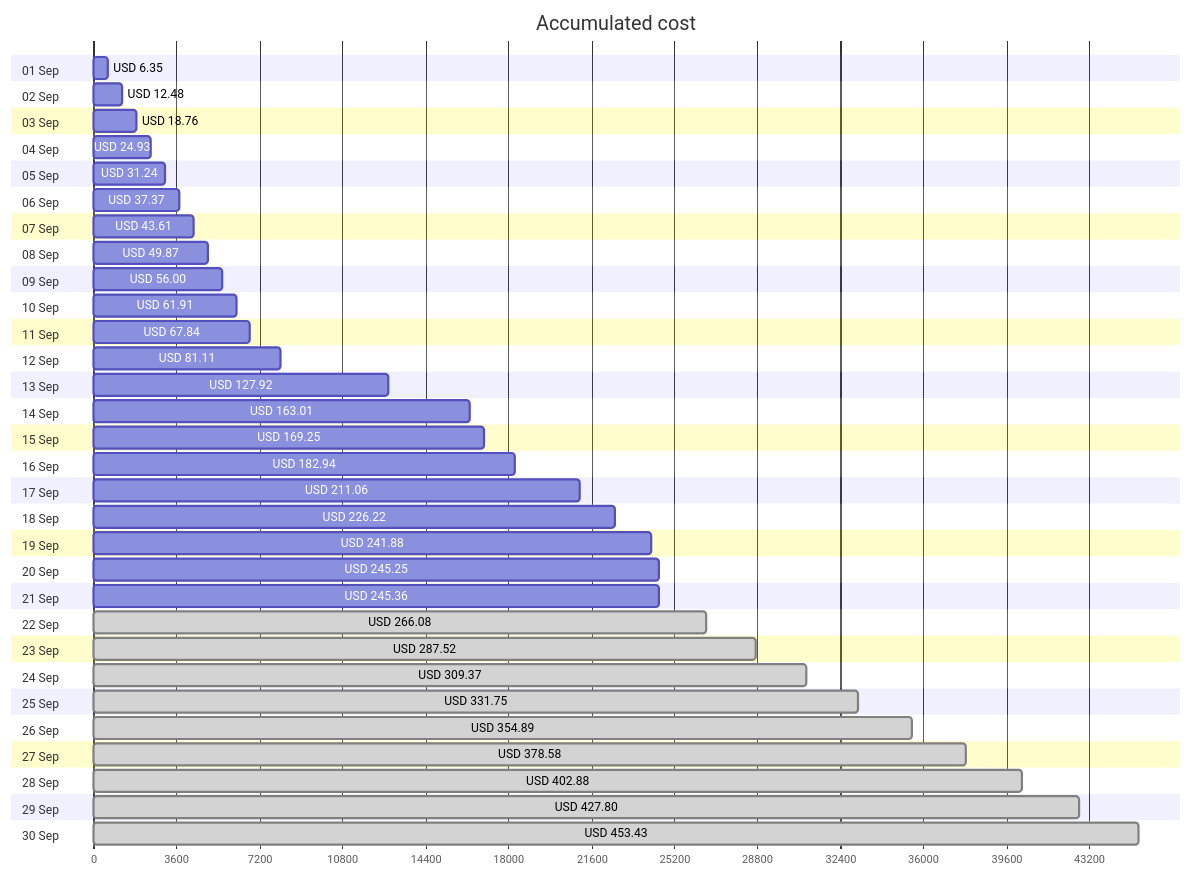
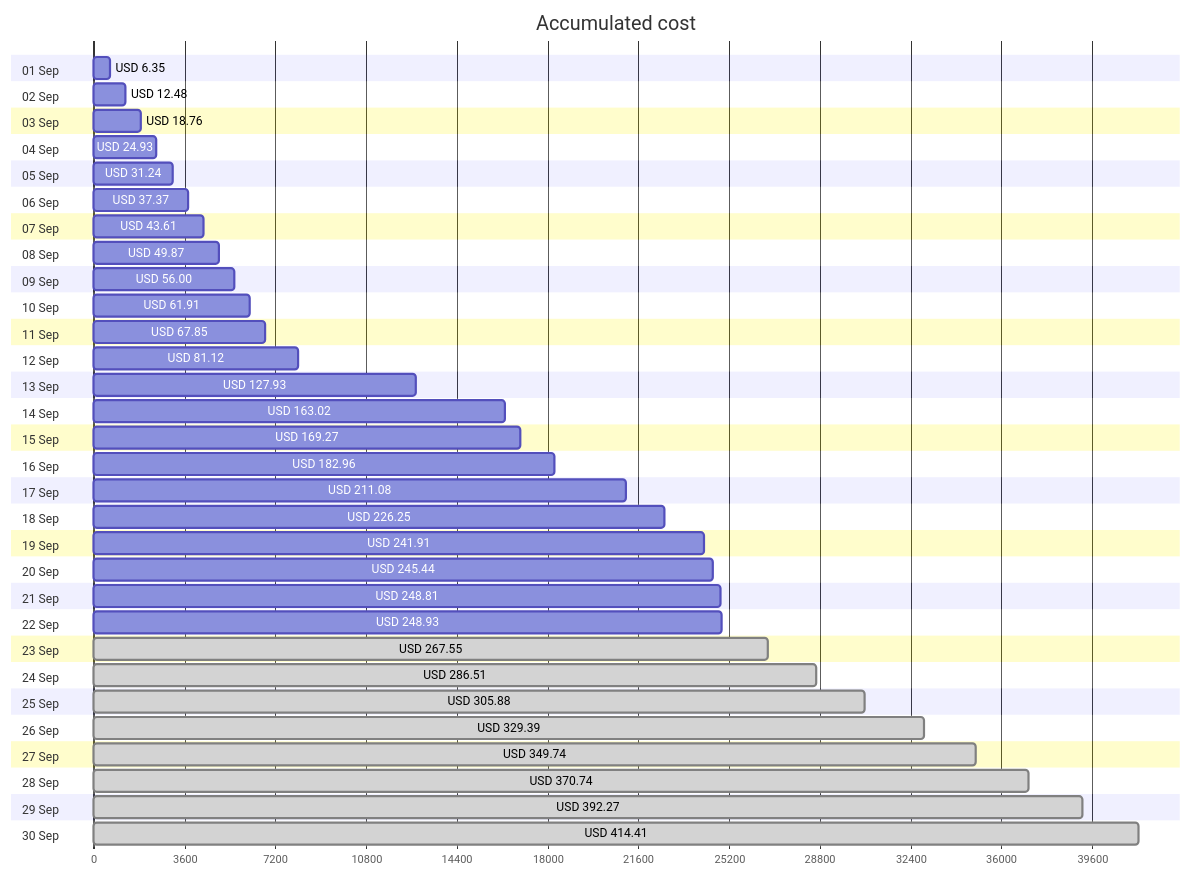
One commit to jpfulton/azure-personal-reports changed the first of 4 diagrams in cost-reports/accumulated-cost.md. Above: the diagram before and after it, drawn with Mermaid. The commit also changed other lines of this file and 4 other files, not shown here.

````diff
--- a/cost-reports/accumulated-cost.md
+++ b/cost-reports/accumulated-cost.md
@@ -20,66 +20,66 @@
 ```mermaid
 gantt
    title Accumulated cost
    dateFormat  X
    axisFormat %s
    section 01 Sep
    USD 6.35 :0, 635
    section 02 Sep
    USD 12.48 :0, 1248
    section 03 Sep
    USD 18.76 :0, 1876
    section 04 Sep
    USD 24.93 :0, 2493
    section 05 Sep
    USD 31.24 :0, 3124
    section 06 Sep
    USD 37.37 :0, 3737
    section 07 Sep
    USD 43.61 :0, 4361
    section 08 Sep
    USD 49.87 :0, 4987
    section 09 Sep
    USD 56.00 :0, 5600
    section 10 Sep
    USD 61.91 :0, 6191
    section 11 Sep
-   USD 67.84 :0, 6784
+   USD 67.85 :0, 6785
    section 12 Sep
-   USD 81.11 :0, 8111
+   USD 81.12 :0, 8112
    section 13 Sep
-   USD 127.92 :0, 12792
+   USD 127.93 :0, 12793
    section 14 Sep
-   USD 163.01 :0, 16301
+   USD 163.02 :0, 16302
    section 15 Sep
-   USD 169.25 :0, 16925
+   USD 169.27 :0, 16927
    section 16 Sep
-   USD 182.94 :0, 18294
+   USD 182.96 :0, 18296
    section 17 Sep
-   USD 211.06 :0, 21106
+   USD 211.08 :0, 21108
    section 18 Sep
-   USD 226.22 :0, 22622
+   USD 226.25 :0, 22625
    section 19 Sep
-   USD 241.88 :0, 24188
+   USD 241.91 :0, 24191
    section 20 Sep
-   USD 245.25 :0, 24525
+   USD 245.44 :0, 24544
    section 21 Sep
-   USD 245.36 :0, 24536
+   USD 248.81 :0, 24881
    section 22 Sep
-   USD 266.08 : done, 0, 26608
+   USD 248.93 :0, 24893
    section 23 Sep
-   USD 287.52 : done, 0, 28752
+   USD 267.55 : done, 0, 26755
    section 24 Sep
-   USD 309.37 : done, 0, 30937
+   USD 286.51 : done, 0, 28651
    section 25 Sep
-   USD 331.75 : done, 0, 33175
+   USD 305.88 : done, 0, 30588
    section 26 Sep
-   USD 354.89 : done, 0, 35489
+   USD 329.39 : done, 0, 32939
    section 27 Sep
-   USD 378.58 : done, 0, 37858
+   USD 349.74 : done, 0, 34974
    section 28 Sep
-   USD 402.88 : done, 0, 40288
+   USD 370.74 : done, 0, 37074
    section 29 Sep
-   USD 427.80 : done, 0, 42780
+   USD 392.27 : done, 0, 39227
    section 30 Sep
-   USD 453.43 : done, 0, 45343
+   USD 414.41 : done, 0, 41441
 ```
````
